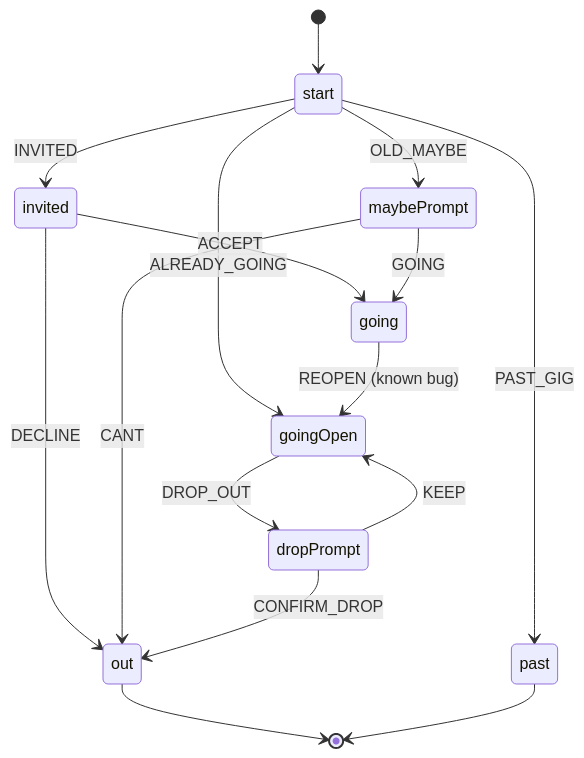
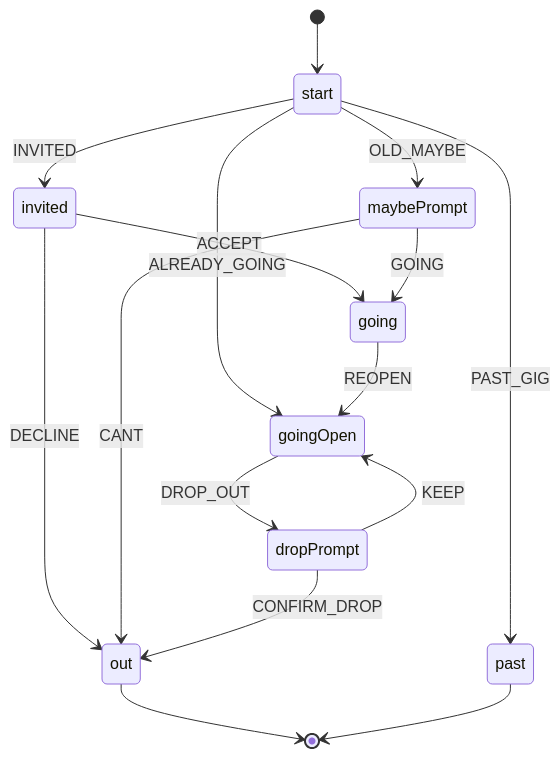
One commit to bandwith-app/BandWith changed the diagram in docs/lifecycles/rsvp-gig.md. Above: the diagram before and after it, drawn with Mermaid. The commit also changed other lines of this file and 4 other files, not shown here.

````diff
--- a/docs/lifecycles/rsvp-gig.md
+++ b/docs/lifecycles/rsvp-gig.md
@@ -9,18 +9,18 @@
 ```mermaid
 stateDiagram-v2
   [*] --> start
   start --> invited : INVITED
   start --> maybePrompt : OLD_MAYBE
   start --> goingOpen : ALREADY_GOING
   start --> past : PAST_GIG
   invited --> going : ACCEPT
   invited --> out : DECLINE
   maybePrompt --> going : GOING
   maybePrompt --> out : CANT
-  going --> goingOpen : REOPEN (known bug)
+  going --> goingOpen : REOPEN
   goingOpen --> dropPrompt : DROP_OUT
   dropPrompt --> out : CONFIRM_DROP
   dropPrompt --> goingOpen : KEEP
   out --> [*]
   past --> [*]
 ```
````
